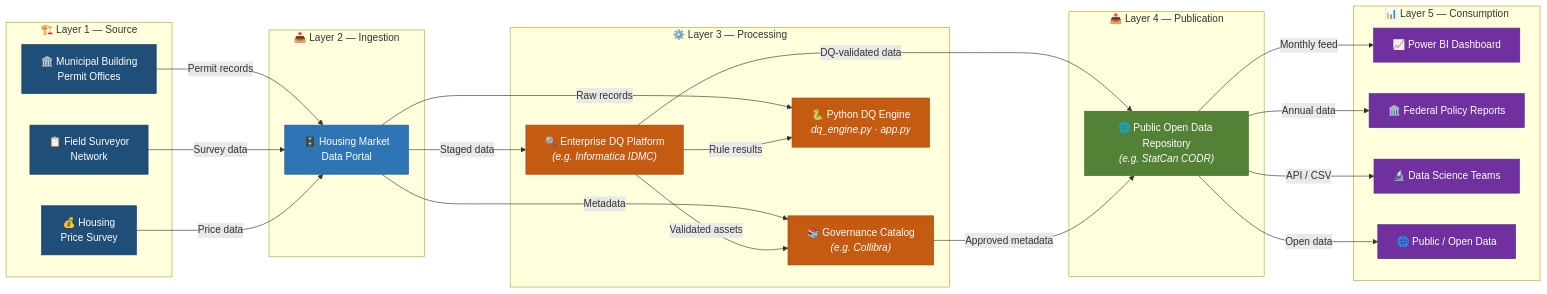
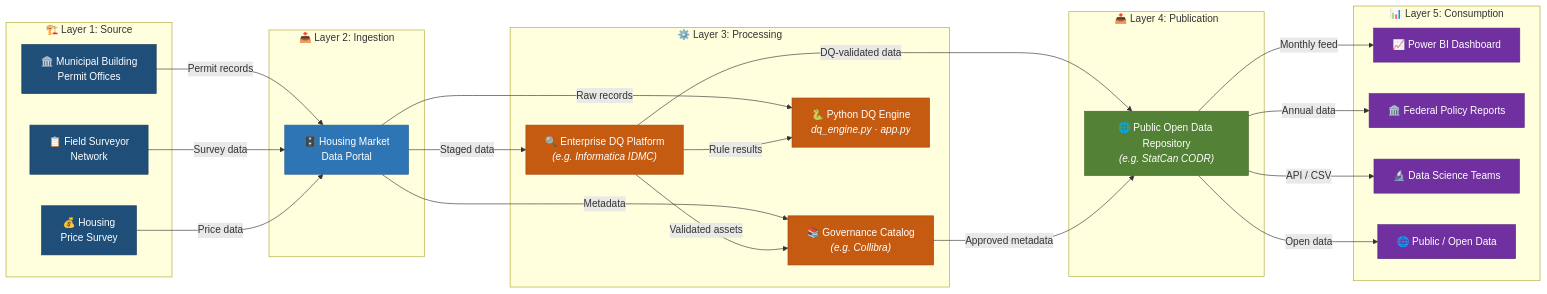
Before and after one commit to rkdhakal/canadian-housing-data-governance: the diagram in README.md, drawn with Mermaid. The commit also changed other lines of this file and 10 other files, not shown here.

````diff
--- a/README.md
+++ b/README.md
@@ -79,50 +79,50 @@
 ```mermaid
 graph LR
-    subgraph SOURCE ["🏗️ Layer 1 — Source"]
+    subgraph SOURCE ["🏗️ Layer 1: Source"]
         S1["🏛️ Municipal Building<br/>Permit Offices"]
         S2["📋 Field Surveyor<br/>Network"]
         S3["💰 Housing<br/>Price Survey"]
     end
-    subgraph INGEST ["📥 Layer 2 — Ingestion"]
+    subgraph INGEST ["📥 Layer 2: Ingestion"]
         I1["🗄️ Housing Market<br/>Data Portal"]
     end
-    subgraph PROCESS ["⚙️ Layer 3 — Processing"]
+    subgraph PROCESS ["⚙️ Layer 3: Processing"]
         P1["🔍 Enterprise DQ Platform<br/><i>(e.g. Informatica IDMC)</i>"]
         P2["📚 Governance Catalog<br/><i>(e.g. Collibra)</i>"]
         P3["🐍 Python DQ Engine<br/><i>dq_engine.py · app.py</i>"]
     end
-    subgraph PUBLISH ["📤 Layer 4 — Publication"]
+    subgraph PUBLISH ["📤 Layer 4: Publication"]
         PB1["🌐 Public Open Data Repository<br/><i>(e.g. StatCan CODR)</i>"]
     end
-    subgraph CONSUME ["📊 Layer 5 — Consumption"]
+    subgraph CONSUME ["📊 Layer 5: Consumption"]
         C1["📈 Power BI Dashboard"]
         C2["🏛️ Federal Policy Reports"]
         C3["🔬 Data Science Teams"]
         C4["🌐 Public / Open Data"]
     end
     S1 -->|"Permit records"| I1
     S2 -->|"Survey data"| I1
     S3 -->|"Price data"| I1
     I1 -->|"Staged data"| P1
     I1 -->|"Metadata"| P2
     I1 -->|"Raw records"| P3
     P1 -->|"Validated assets"| P2
     P1 -->|"Rule results"| P3
     P1 -->|"DQ-validated data"| PB1
     P2 -->|"Approved metadata"| PB1
     PB1 -->|"Monthly feed"| C1
     PB1 -->|"Annual data"| C2
     PB1 -->|"API / CSV"| C3
     PB1 -->|"Open data"| C4
 
     classDef source fill:#1F4E79,stroke:#1a3d5c,color:#fff
     classDef ingest fill:#2E75B6,stroke:#245d91,color:#fff
     classDef process fill:#C55A11,stroke:#9e480e,color:#fff
     classDef publish fill:#538135,stroke:#42672a,color:#fff
     classDef consume fill:#7030A0,stroke:#5a2680,color:#fff
     class S1,S2,S3 source
     class I1 ingest
     class P1,P2,P3 process
     class PB1 publish
     class C1,C2,C3,C4 consume
 ```
````
